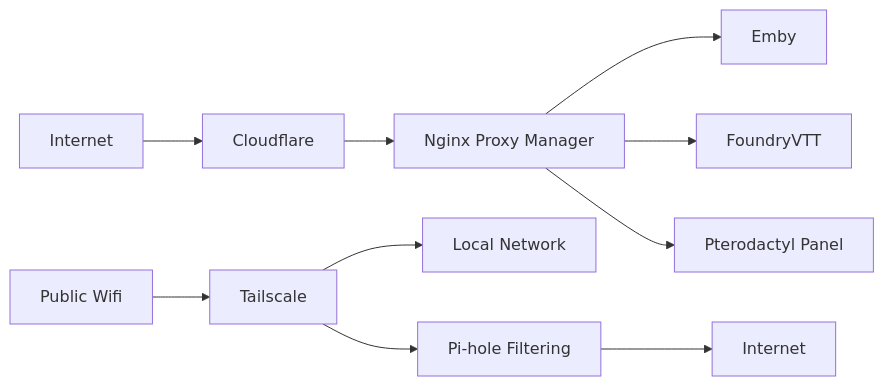
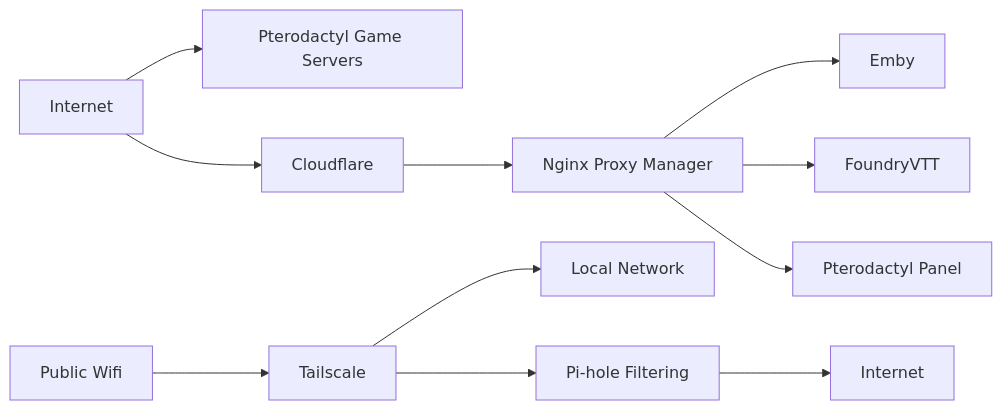
One commit to ElleanorGrace/Homelab changed the diagram in architecture/network-architecture.md. Above: the diagram before and after it, drawn with Mermaid. The commit also changed other lines of this file, not shown here.

First line of the commit message:
Update network-architecture.md

````diff
--- a/architecture/network-architecture.md
+++ b/architecture/network-architecture.md
@@ -20,12 +20,12 @@
 ```mermaid
 flowchart LR
+    Internet --> Gameservers[Pterodactyl Game Servers]
     Internet --> Cloudflare
     Cloudflare --> Proxy[Nginx Proxy Manager]
     Proxy --> Emby
     Proxy --> FoundryVTT
     Proxy --> Ptero[Pterodactyl Panel]
     Public[Public Wifi] --> Tailscale
     Tailscale --> Local["Local Network"]
     Tailscale --> Pi[Pi-hole Filtering] --> WWW[Internet]
-
 ```
````
